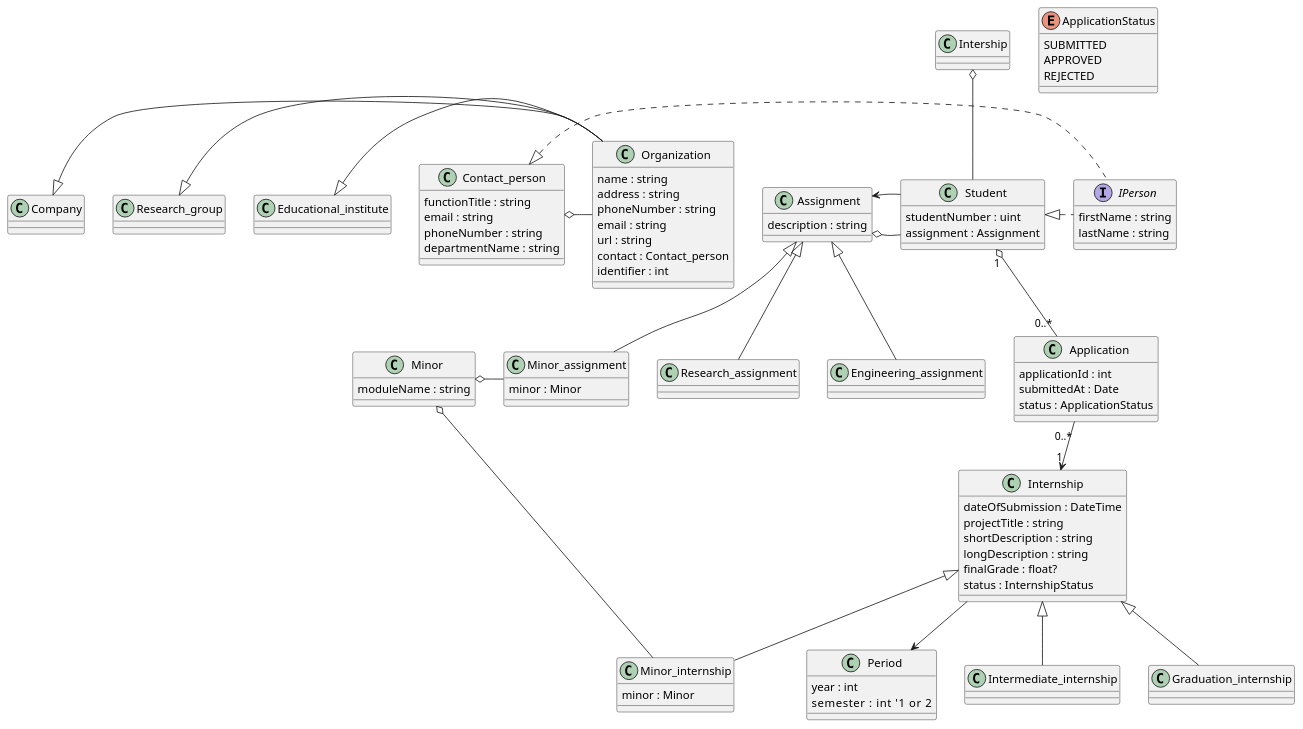
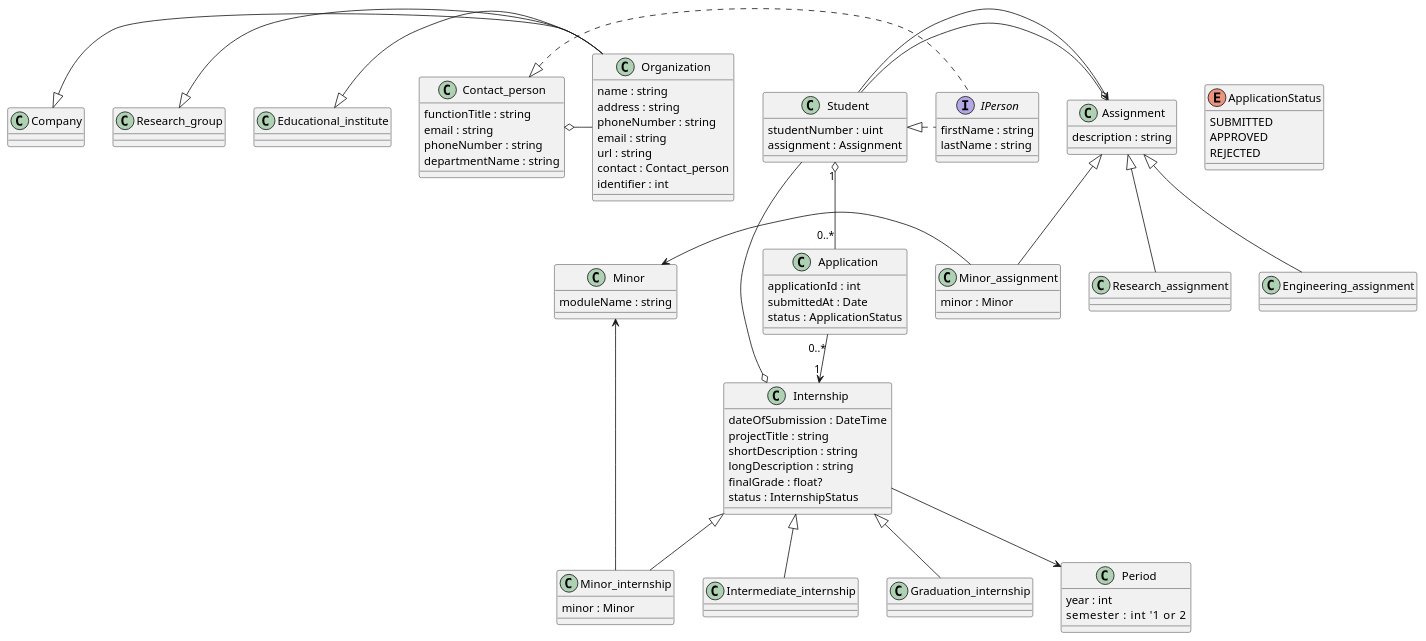
The diagram in Week3/ClassDiagram.puml (JoiningwithMattheus/Week1), drawn with PlantUML before and after one commit.

```diff
--- a/Week3/ClassDiagram.puml
+++ b/Week3/ClassDiagram.puml
@@ -1,121 +1,121 @@
 @startuml SIS
 
 class Organization {
     name : string
     address : string
     phoneNumber : string
     email : string
     url : string
     contact : Contact_person
     identifier : int
 
 }
 
 class Company {
 
 }
 Company <|- Organization
 
 class Research_group{
 
 }
 Research_group <|- Organization
 
 class Educational_institute{
 
 }
 Educational_institute <|- Organization
 
 class Period {
     year : int
     semester : int     '1 or 2
 }
 
 class Internship {
     dateOfSubmission : DateTime
     projectTitle : string
     shortDescription : string
     longDescription : string
     finalGrade : float?
     status : InternshipStatus
 }
 
 Internship --> Period
 
 class Intermediate_internship
 
 class Minor_internship {
     minor : Minor
 }
 
 class Graduation_internship 
 
 Internship <|-- Intermediate_internship
 Internship <|-- Minor_internship
 Internship <|-- Graduation_internship
 
 class Assignment {
     description : string
 }
 Assignment o- Student
 
 class Research_assignment
 class Minor_assignment {
     minor : Minor
 }
 
 class Engineering_assignment
 
 Assignment <|-- Research_assignment
 Assignment <|-- Minor_assignment
 Assignment <|-- Engineering_assignment
 
 interface IPerson{
     firstName : string
     lastName : string
 
 }
 
 class Student {
     studentNumber : uint
     assignment : Assignment
 
 }
 Student <|. IPerson
 
 class Contact_person {
     functionTitle : string
     email : string
     phoneNumber : string
     departmentName : string
 
 }
 Contact_person <|. IPerson
 Contact_person o- Organization
 
 class Minor {
     moduleName : string
 
 }
-Minor o- Minor_internship
-Minor o- Minor_assignment
+Minor <- Minor_internship
+Minor <- Minor_assignment
 
 class Application {
     applicationId : int
     submittedAt : Date
     status : ApplicationStatus
 }
 
 enum ApplicationStatus {
     SUBMITTED
     APPROVED
     REJECTED
 }
 
 Student "1" o-- "0..*" Application
 Application "0..*" --> "1" Internship
 
-Intership o-- Student
+Internship o-- Student
 Student --> Assignment
 
 @enduml
```
